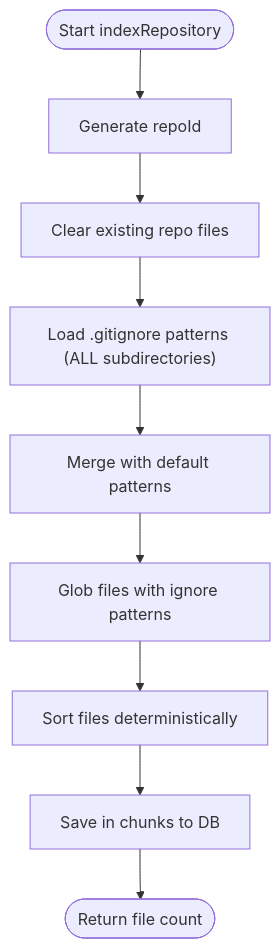
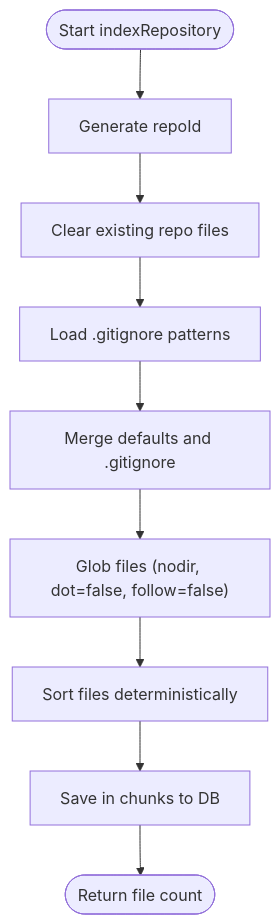
Before and after one commit to bramburn/repomix-runner: the fifth of 15 diagrams in .qoder/repowiki/en/content/Indexing and Search System/Indexing and Search System.md, drawn with Mermaid. The commit also changed other lines of this file and 41 other files, not shown here.

````diff
--- a/.qoder/repowiki/en/content/Indexing and Search System/Indexing and Search System.md
+++ b/.qoder/repowiki/en/content/Indexing and Search System/Indexing and Search System.md
@@ -316,11 +288,11 @@
 ```mermaid
 flowchart TD
 Start(["Start indexRepository"]) --> GenRepoId["Generate repoId"]
 GenRepoId --> ClearDB["Clear existing repo files"]
-ClearDB --> LoadGitignore["Load .gitignore patterns (ALL subdirectories)"]
-LoadGitignore --> MergePatterns["Merge with default patterns"]
-MergePatterns --> Glob["Glob files with ignore patterns"]
+ClearDB --> LoadGitignore["Load .gitignore patterns"]
+LoadGitignore --> MergePatterns["Merge defaults and .gitignore"]
+MergePatterns --> Glob["Glob files (nodir, dot=false, follow=false)"]
 Glob --> Sort["Sort files deterministically"]
 Sort --> BatchSave["Save in chunks to DB"]
 BatchSave --> Done(["Return file count"])
 ```
````
